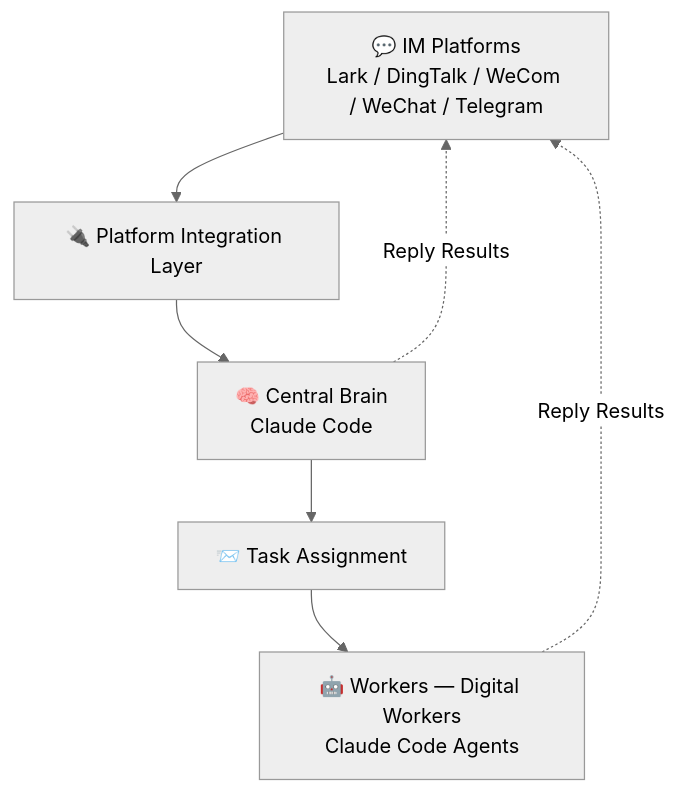
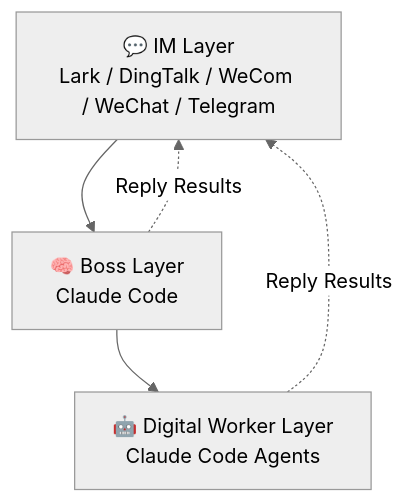
One commit to theopenbee/openbee changed the diagram in README.md. Above: the diagram before and after it, drawn with Mermaid (neutral theme). The commit also changed other lines of this file and 1 other file, not shown here.

First line of the commit message:
docs: update How It Works to three-layer architecture

````diff
--- a/README.md
+++ b/README.md
@@ -115,9 +115,7 @@
 ```mermaid
 graph TD
-    A["💬 IM Platforms\nLark / DingTalk / WeCom / WeChat / Telegram"] --> B["🔌 Platform Integration Layer"]
-    B --> C["🧠 Central Brain\nClaude Code"]
-    C --> D["📨 Task Assignment"]
-    D --> E["🤖 Workers — Digital Workers\nClaude Code Agents"]
-    E -. "Reply Results" .-> A
+    A["💬 IM Layer\nLark / DingTalk / WeCom / WeChat / Telegram"] --> B["🧠 Boss Layer\nClaude Code"]
+    B --> C["🤖 Digital Worker Layer\nClaude Code Agents"]
     C -. "Reply Results" .-> A
+    B -. "Reply Results" .-> A
 ```
````
